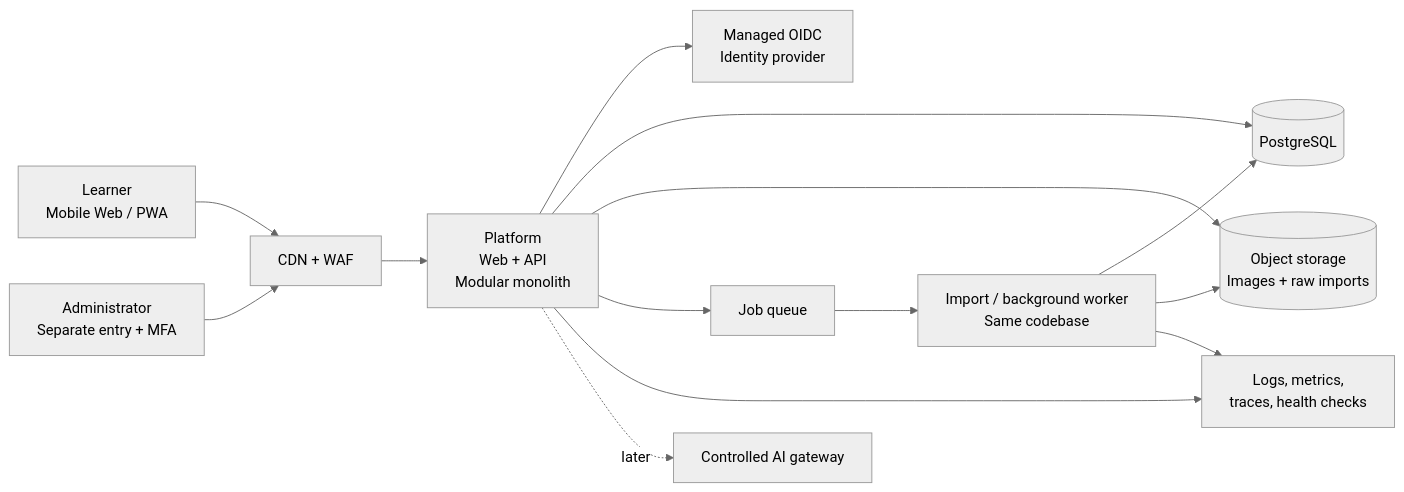
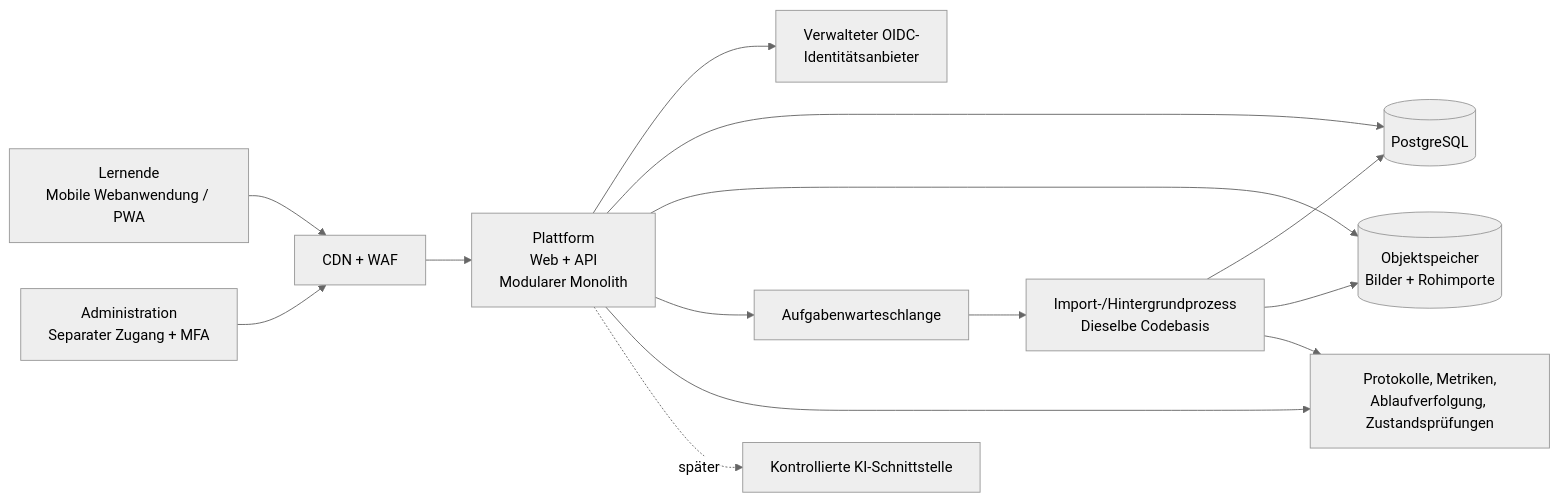
Before and after one commit to FlamurMaliqi/scariev-learning-platform: the first of 3 diagrams in docs/architecture.md, drawn with Mermaid (neutral theme). The commit also changed other lines of this file and 3 other files, not shown here.

````diff
--- a/docs/architecture.md
+++ b/docs/architecture.md
@@ -23,16 +23,16 @@
 ```mermaid
 flowchart LR
-    learner["Learner<br/>Mobile Web / PWA"] --> edge["CDN + WAF"]
-    admin["Administrator<br/>Separate entry + MFA"] --> edge
-    edge --> app["Platform<br/>Web + API<br/>Modular monolith"]
-    app --> idp["Managed OIDC<br/>Identity provider"]
+    learner["Lernende<br/>Mobile Webanwendung / PWA"] --> edge["CDN + WAF"]
+    admin["Administration<br/>Separater Zugang + MFA"] --> edge
+    edge --> app["Plattform<br/>Web + API<br/>Modularer Monolith"]
+    app --> idp["Verwalteter OIDC-<br/>Identitätsanbieter"]
     app --> db[("PostgreSQL")]
-    app --> assets[("Object storage<br/>Images + raw imports")]
-    app --> queue["Job queue"]
-    queue --> worker["Import / background worker<br/>Same codebase"]
+    app --> assets[("Objektspeicher<br/>Bilder + Rohimporte")]
+    app --> queue["Aufgabenwarteschlange"]
+    queue --> worker["Import-/Hintergrundprozess<br/>Dieselbe Codebasis"]
     worker --> db
     worker --> assets
-    app --> observability["Logs, metrics,<br/>traces, health checks"]
+    app --> observability["Protokolle, Metriken,<br/>Ablaufverfolgung, Zustandsprüfungen"]
     worker --> observability
-    app -. "later" .-> ai["Controlled AI gateway"]
+    app -. "später" .-> ai["Kontrollierte KI-Schnittstelle"]
 ```
````
